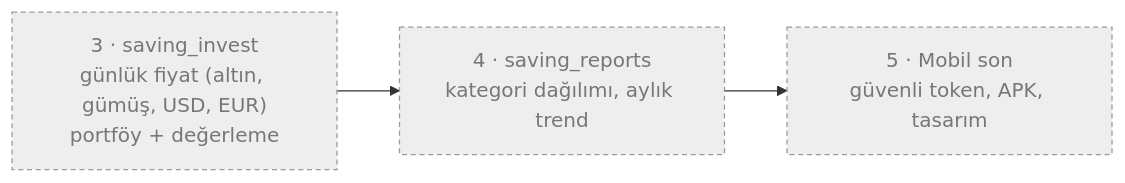
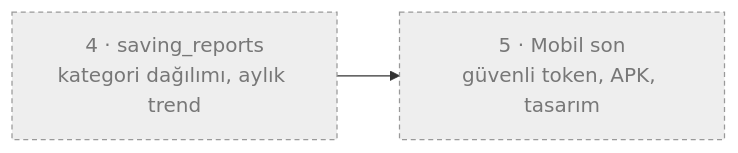
One commit to anilcelik0/saving changed the tenth of 10 diagrams in docs/FLOW.md. Above: the diagram before and after it, drawn with Mermaid. The commit also changed other lines of this file and 34 other files, not shown here.

````diff
--- a/docs/FLOW.md
+++ b/docs/FLOW.md
@@ -272,8 +307,7 @@
 ```mermaid
 flowchart LR
-    F3["3 · saving_invest<br/>günlük fiyat (altın, gümüş, USD, EUR)<br/>portföy + değerleme"]:::todo
     F4["4 · saving_reports<br/>kategori dağılımı, aylık trend"]:::todo
     F5["5 · Mobil son<br/>güvenli token, APK, tasarım"]:::todo
-    F3 --> F4 --> F5
+    F4 --> F5
     classDef todo fill:#eee,stroke:#999,stroke-dasharray:4 3,color:#777
 ```
````
